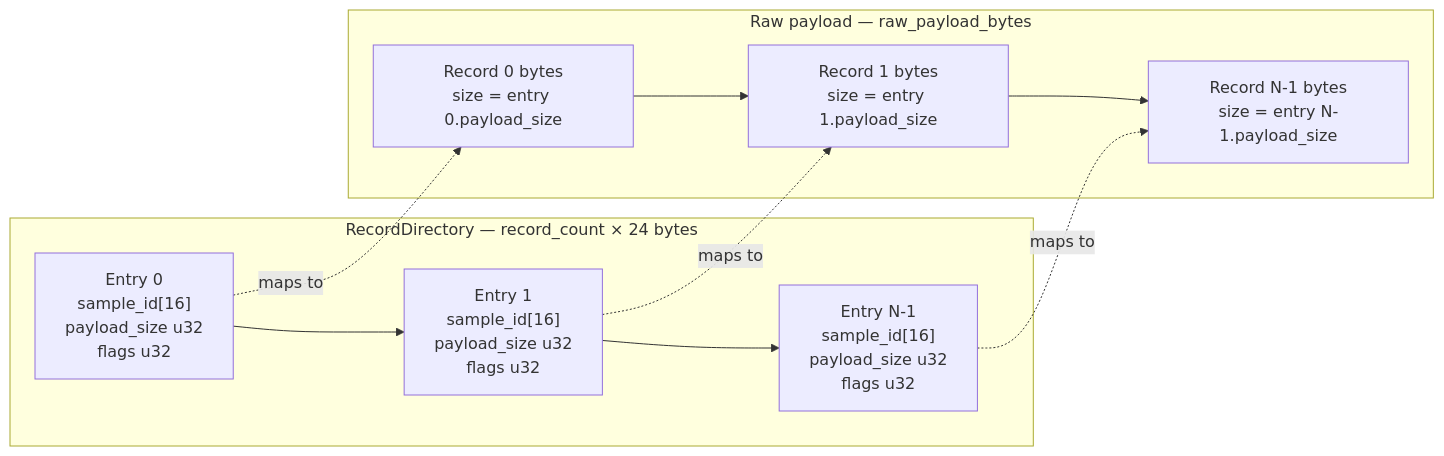
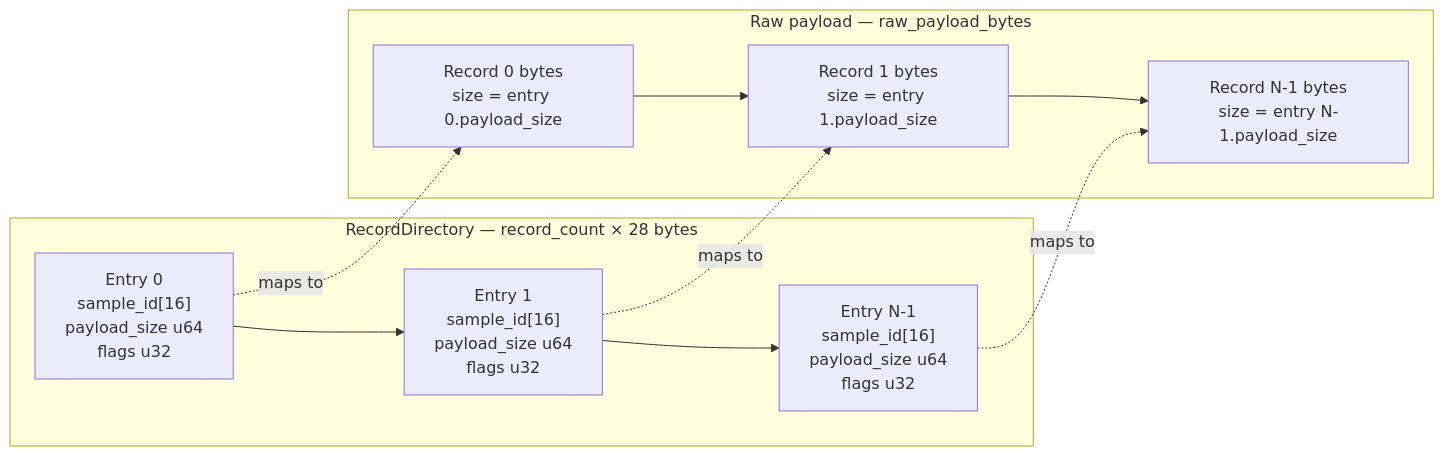
One commit to SunDoge/shardpack changed the fourth of 4 diagrams in docs/spk-parsing.md. Above: the diagram before and after it, drawn with Mermaid. The commit also changed other lines of this file and 16 other files, not shown here.

````diff
--- a/docs/spk-parsing.md
+++ b/docs/spk-parsing.md
@@ -134,20 +133,20 @@
 ```mermaid
 flowchart LR
-    subgraph D["RecordDirectory — record_count × 24 bytes"]
-        e0["Entry 0<br/>sample_id[16]<br/>payload_size u32<br/>flags u32"]
-        e1["Entry 1<br/>sample_id[16]<br/>payload_size u32<br/>flags u32"]
-        en["Entry N-1<br/>sample_id[16]<br/>payload_size u32<br/>flags u32"]
+    subgraph D["RecordDirectory — record_count × 28 bytes"]
+        e0["Entry 0<br/>sample_id[16]<br/>payload_size u64<br/>flags u32"]
+        e1["Entry 1<br/>sample_id[16]<br/>payload_size u64<br/>flags u32"]
+        en["Entry N-1<br/>sample_id[16]<br/>payload_size u64<br/>flags u32"]
         e0 --> e1 --> en
     end
 
     subgraph P["Raw payload — raw_payload_bytes"]
         p0["Record 0 bytes<br/>size = entry 0.payload_size"]
         p1["Record 1 bytes<br/>size = entry 1.payload_size"]
         pn["Record N-1 bytes<br/>size = entry N-1.payload_size"]
         p0 --> p1 --> pn
     end
 
     e0 -. maps to .-> p0
     e1 -. maps to .-> p1
     en -. maps to .-> pn
 ```
````
